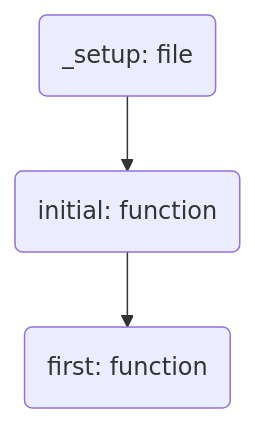
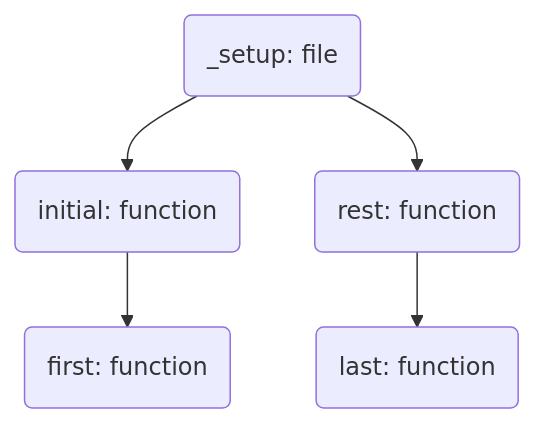
Before and after one commit to AshGreyG/To-Realize-Underscore: the diagram in doc/dependencies.mmd, drawn with Mermaid. The commit also changed 4 other files, not shown here.

Commit message:
:sparkles: complete the implementation of `rest` and `last` functions, update corresponding docs

```diff
--- a/doc/dependencies.mmd
+++ b/doc/dependencies.mmd
@@ -1,14 +1,20 @@
 flowchart TD
   %% Name settings
   _setup(_setup: file)
   initial(initial: function)
   first(first: function)
+  rest(rest: function)
+  last(last: function)
 
   %% Hyperlink settings
   click _setup "https://github.com/AshGreyG/To-Realize-Underscore/blob/main/modules/_setup.js"
   click initial "https://github.com/AshGreyG/To-Realize-Underscore/blob/main/modules/initial.js"
   click first "https://github.com/AshGreyG/To-Realize-Underscore/blob/main/modules/first.js"
+  click rest "https://github.com/AshGreyG/To-Realize-Underscore/blob/main/modules/rest.js"
+  click last "https://github.com/AshGreyG/To-Realize-Underscore/blob/main/modules/last.js"
 
   %% Array settings
   _setup --> initial
+  _setup --> rest
   initial --> first
+  rest --> last
```
